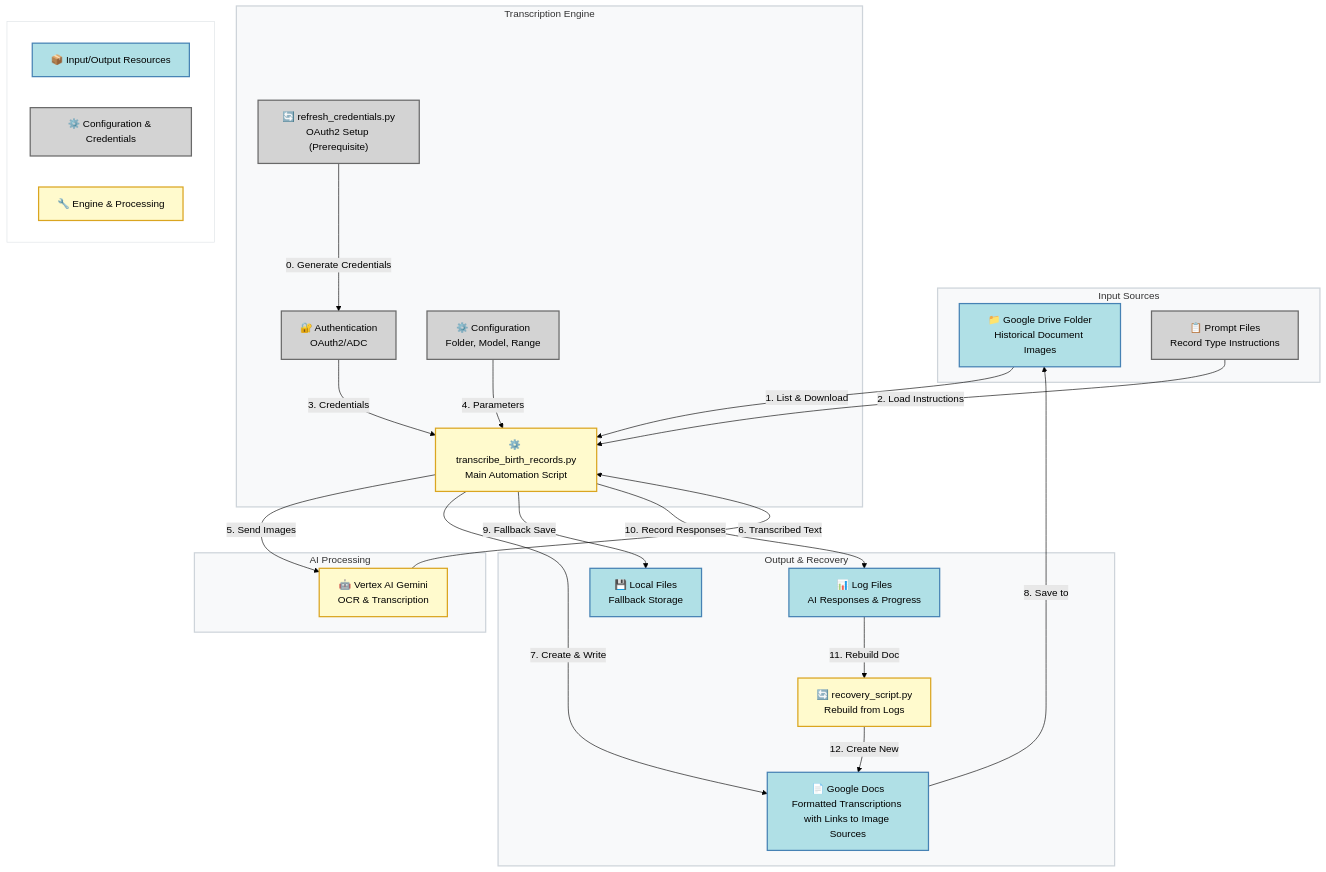
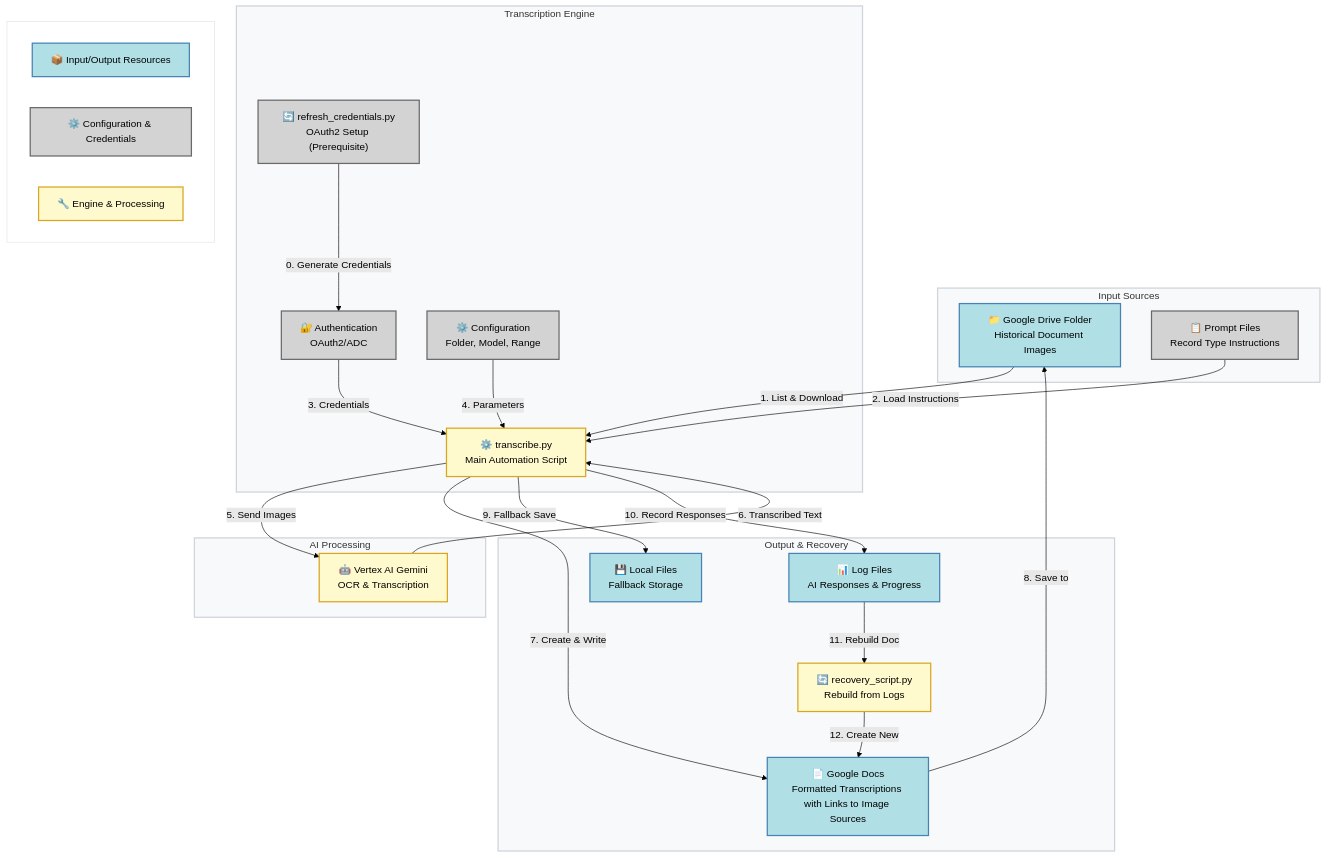
One commit to dekochka/genea-metric-books-transcriber-scripts changed the third of 4 diagrams in README.md. Above: the diagram before and after it, drawn with Mermaid (forest theme). The commit also changed other lines of this file and 2 other files, not shown here.

First line of the commit message:
Rename transcribe_birth_records.py to transcribe.py and update all references

````diff
--- a/README.md
+++ b/README.md
@@ -115,64 +115,64 @@
 ```mermaid
 graph TB
     subgraph IS["Input Sources"]
         GD["📁 Google Drive Folder<br/>Historical Document Images"]
         PROMPTS["📋 Prompt Files<br/>Record Type Instructions"]
     end
     
     subgraph TE["Transcription Engine"]
-        SCRIPT["⚙️ transcribe_birth_records.py<br/>Main Automation Script"]
+        SCRIPT["⚙️ transcribe.py<br/>Main Automation Script"]
         AUTH["🔐 Authentication<br/>OAuth2/ADC"]
         CONFIG["⚙️ Configuration<br/>Folder, Model, Range"]
         REFRESH["🔄 refresh_credentials.py<br/>OAuth2 Setup (Prerequisite)"]
     end
     
     subgraph AI["AI Processing"]
         VERTEX["🤖 Vertex AI Gemini<br/>OCR & Transcription"]
     end
     
     subgraph OR["Output & Recovery"]
         GDOC["📄 Google Docs<br/>Formatted Transcriptions with Links to Image Sources"]
         LOCAL["💾 Local Files<br/>Fallback Storage"]
         LOGS["📊 Log Files<br/>AI Responses & Progress"]
         RECOVERY["🔄 recovery_script.py<br/>Rebuild from Logs"]
     end
     
     REFRESH -->|0. Generate Credentials| AUTH
     GD -->|1. List & Download| SCRIPT
     PROMPTS -->|2. Load Instructions| SCRIPT
     AUTH -->|3. Credentials| SCRIPT
     CONFIG -->|4. Parameters| SCRIPT
     SCRIPT -->|5. Send Images| VERTEX
     VERTEX -->|6. Transcribed Text| SCRIPT
     SCRIPT -->|7. Create & Write| GDOC
     GDOC -->|8. Save to| GD
     SCRIPT -->|9. Fallback Save| LOCAL
     SCRIPT -->|10. Record Responses| LOGS
     LOGS -->|11. Rebuild Doc| RECOVERY
     RECOVERY -->|12. Create New| GDOC
     
     subgraph Legend[" "]
         direction LR
         L1["📦 Input/Output Resources"]
         L2["⚙️ Configuration & Credentials"]
         L3["🔧 Engine & Processing"]
     end
     
     classDef resourceStyle fill:#B0E0E6,stroke:#4682B4,stroke-width:2px,color:#000
     classDef configStyle fill:#D3D3D3,stroke:#696969,stroke-width:2px,color:#000
     classDef processingStyle fill:#FFFACD,stroke:#DAA520,stroke-width:2px,color:#000
     classDef legendStyle fill:#F0F8FF,stroke:#87CEEB,stroke-width:1px,color:#000
     
     class GD,GDOC,LOCAL,LOGS resourceStyle
     class PROMPTS,AUTH,CONFIG,REFRESH configStyle
     class SCRIPT,VERTEX,RECOVERY processingStyle
     class L1 resourceStyle
     class L2 configStyle
     class L3 processingStyle
     
     style IS fill:#F8F9FA,stroke:#CED4DA,stroke-width:2px
     style TE fill:#F8F9FA,stroke:#CED4DA,stroke-width:2px
     style AI fill:#F8F9FA,stroke:#CED4DA,stroke-width:2px
     style OR fill:#F8F9FA,stroke:#CED4DA,stroke-width:2px
     style Legend fill:#FFFFFF,stroke:#DEE2E6,stroke-width:1px
 ```
````
